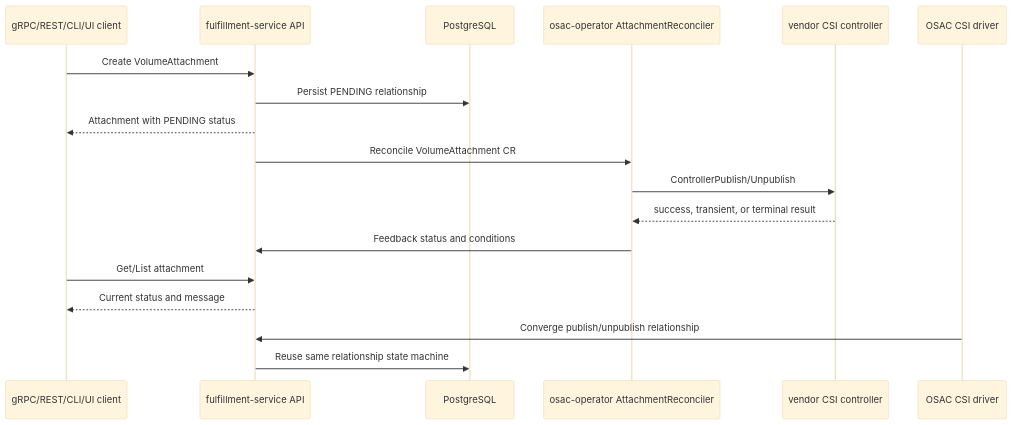
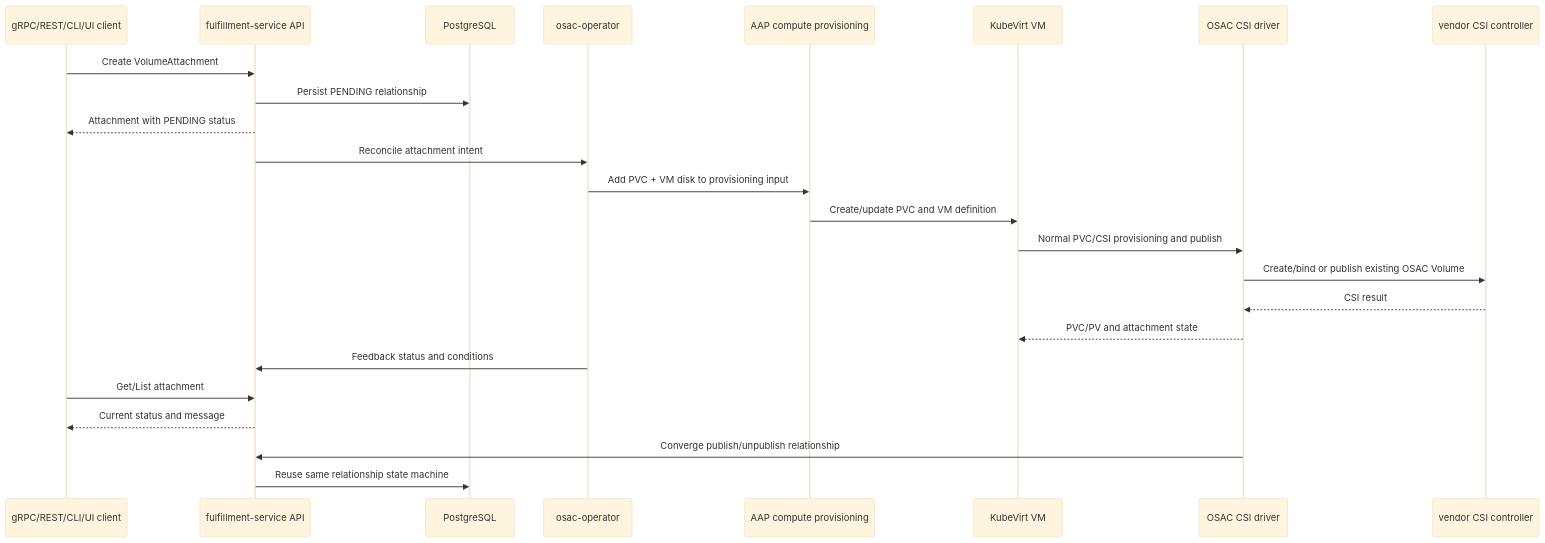
One commit to osac-project/enhancement-proposals changed the diagram in enhancements/OSAC-4884-volume-api-storage-attach-detach/design.md. Above: the diagram before and after it, drawn with Mermaid (base theme). The commit also changed other lines of this file and 1 other file, not shown here.

Commit message:
OSAC-4884: define VMaaS PVC attachment flow

````diff
--- a/enhancements/OSAC-4884-volume-api-storage-attach-detach/design.md
+++ b/enhancements/OSAC-4884-volume-api-storage-attach-detach/design.md
@@ -100,21 +100,27 @@
 ```mermaid
 sequenceDiagram
     participant Client as gRPC/REST/CLI/UI client
     participant API as fulfillment-service API
     participant DB as PostgreSQL
-    participant Operator as osac-operator AttachmentReconciler
+    participant Operator as osac-operator
+    participant AAP as AAP compute provisioning
+    participant KubeVirt as KubeVirt VM
+    participant CSI as OSAC CSI driver
     participant Vendor as vendor CSI controller
-    participant CSI as OSAC CSI driver
 
     Client->>API: Create VolumeAttachment
     API->>DB: Persist PENDING relationship
     API-->>Client: Attachment with PENDING status
-    API->>Operator: Reconcile VolumeAttachment CR
-    Operator->>Vendor: ControllerPublish/Unpublish
-    Vendor-->>Operator: success, transient, or terminal result
+    API->>Operator: Reconcile attachment intent
+    Operator->>AAP: Add PVC + VM disk to provisioning input
+    AAP->>KubeVirt: Create/update PVC and VM definition
+    KubeVirt->>CSI: Normal PVC/CSI provisioning and publish
+    CSI->>Vendor: Create/bind or publish existing OSAC Volume
+    Vendor-->>CSI: CSI result
+    CSI-->>KubeVirt: PVC/PV and attachment state
     Operator->>API: Feedback status and conditions
     Client->>API: Get/List attachment
     API-->>Client: Current status and message
     CSI->>API: Converge publish/unpublish relationship
     API->>DB: Reuse same relationship state machine
 ```
````
